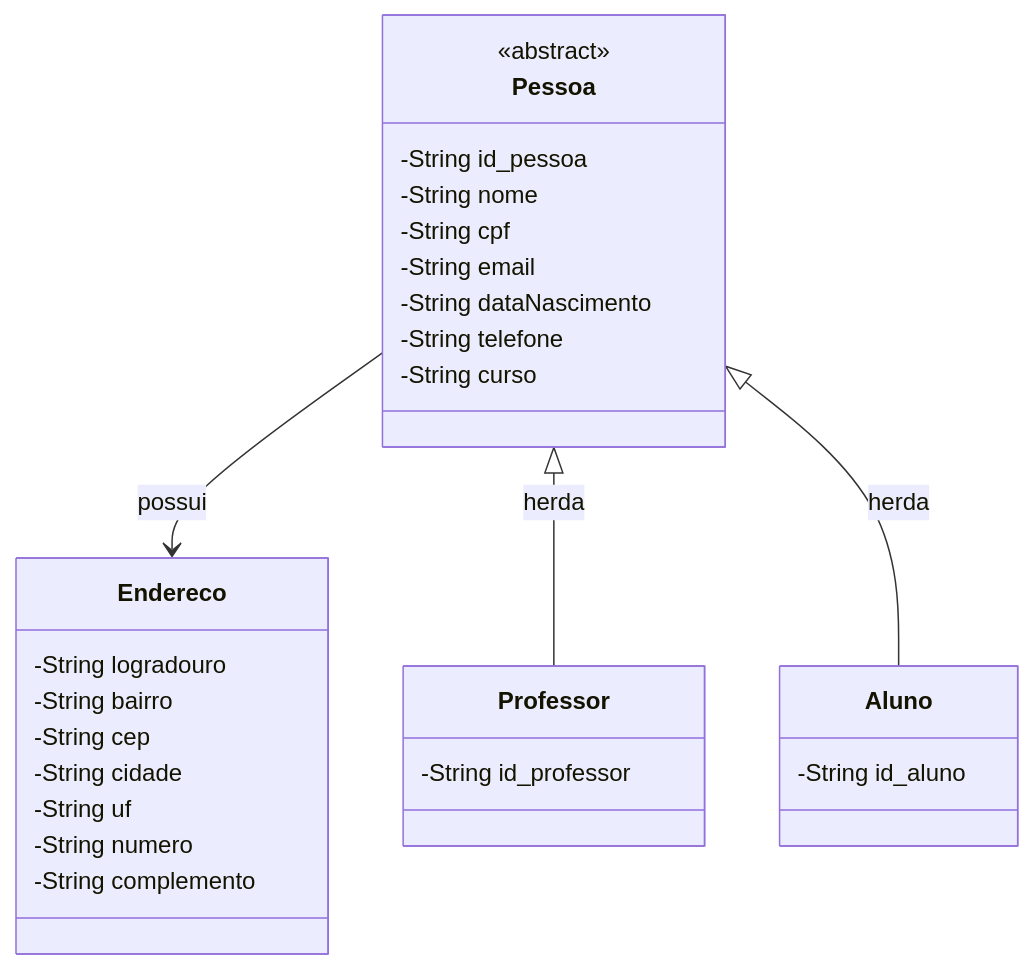
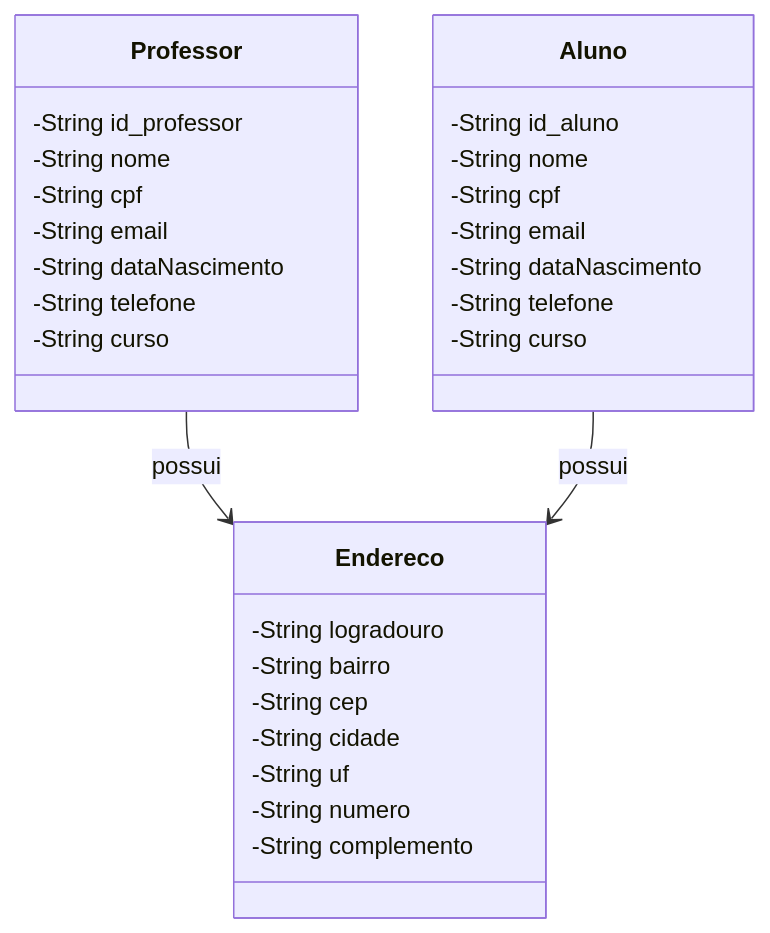
Before and after one commit to williamfirmino92/api_escola: the diagram in README.md, drawn with Mermaid.

Commit message:
Alteração do Reamd retirando a classe abstrata Pessoa

````diff
--- a/README.md
+++ b/README.md
@@ -18,35 +18,36 @@
 ```mermaid
 classDiagram
-    class Pessoa {
-        <<abstract>>
-        -String id_pessoa
-        -String nome
-        -String cpf
-        -String email
-        -String dataNascimento
-        -String telefone
-        -String curso
-    }
-
     class Endereco {
         -String logradouro
         -String bairro
         -String cep
         -String cidade
         -String uf
         -String numero
         -String complemento
     }
 
     class Professor {
-        -String id_professor
+        -String id_professor 
+        -String nome
+        -String cpf
+        -String email
+        -String dataNascimento
+        -String telefone
+        -String curso
     }
 
     class Aluno {
         -String id_aluno
+        -String nome
+        -String cpf
+        -String email
+        -String dataNascimento
+        -String telefone
+        -String curso
     }
 
-    Pessoa --> Endereco : possui
-    Pessoa <|-- Professor : herda
-    Pessoa <|-- Aluno : herda
+    Professor --> Endereco : possui
+    Aluno --> Endereco : possui
+
 ```
````
